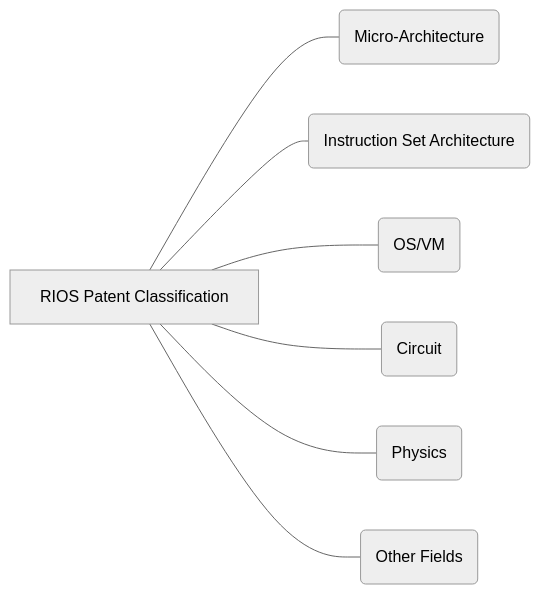
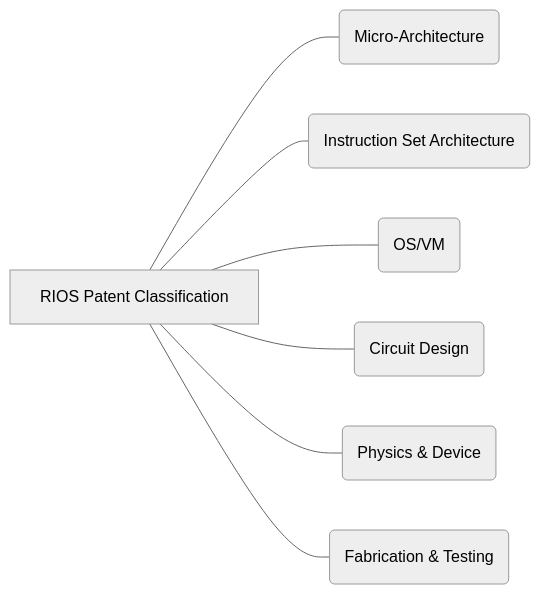
The diagram in RIOS Patent Classification.md (RIOS-Laboratory/RIOS-Patent-Classification), drawn with Mermaid (neutral theme) before and after one commit.

Commit message:
Update RIOS Patent Classification.md

`````diff
--- a/RIOS Patent Classification.md
+++ b/RIOS Patent Classification.md
@@ -1,11 +1,11 @@
 ````mermaid
 graph LR
 A[RIOS Patent Classification]---B(Micro-Architecture)
 A[RIOS Patent Classification]---C(Instruction Set Architecture)
 A[RIOS Patent Classification]---D(OS/VM)
-A[RIOS Patent Classification]---E(Circuit)
-A[RIOS Patent Classification]---F(Physics)
-A[RIOS Patent Classification]---G(Other Fields)
+A[RIOS Patent Classification]---E(Circuit Design)
+A[RIOS Patent Classification]---F(Physics & Device)
+A[RIOS Patent Classification]---G(Fabrication & Testing)
 
 
 ````
`````
